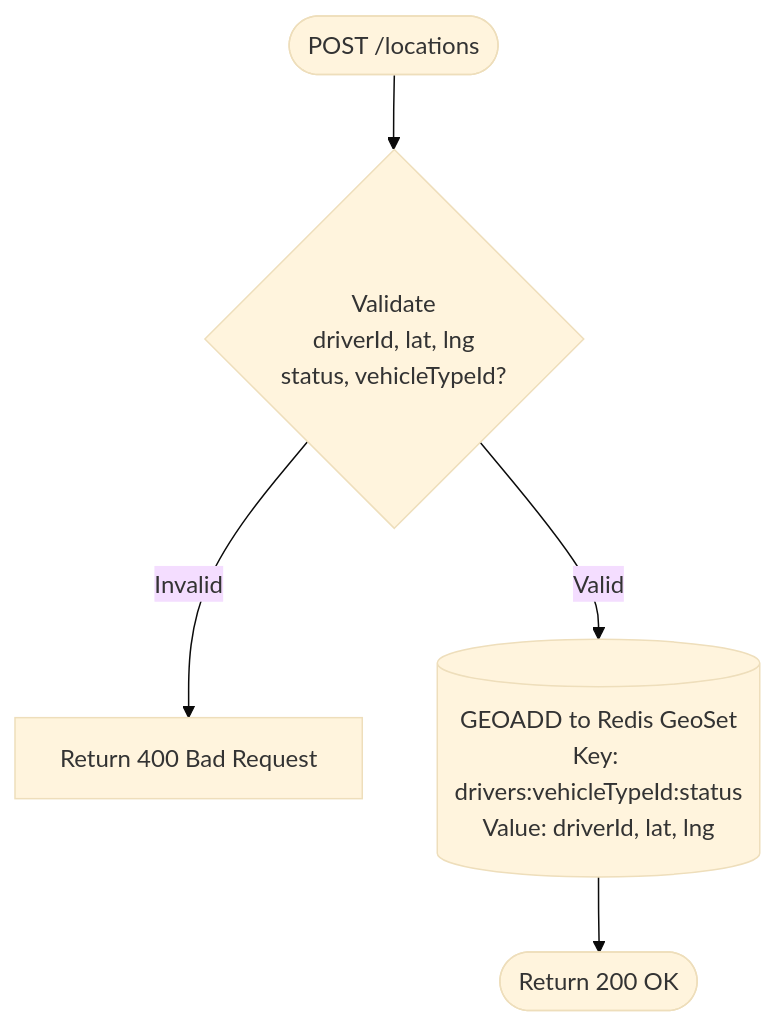
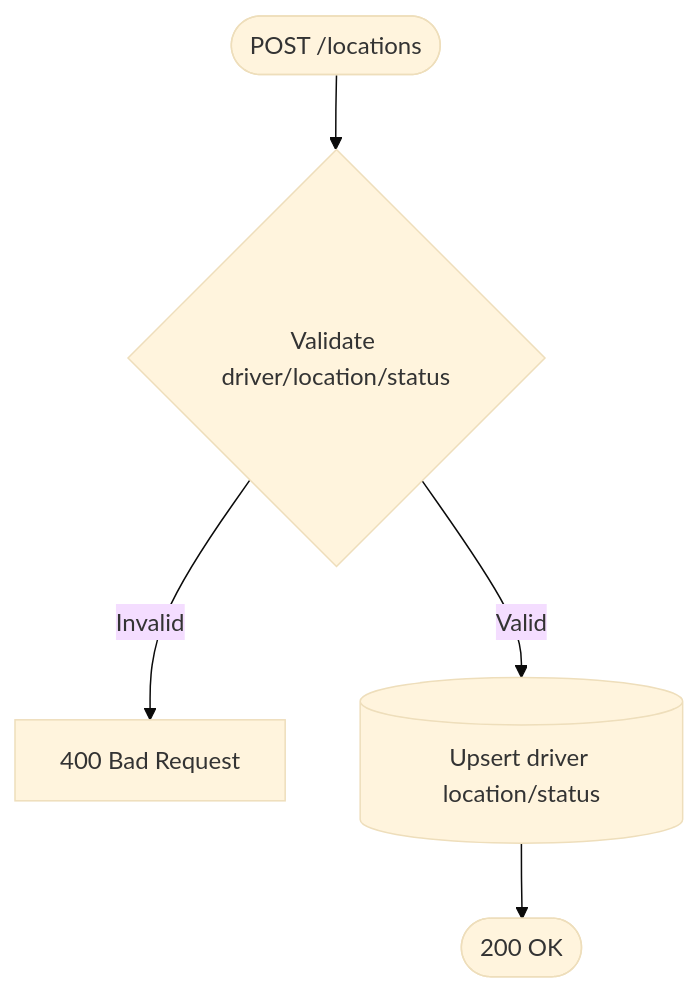
Before and after one commit to ImTruong/TrangSM: the eighth of 21 diagrams in docs/analysis-and-design.md, drawn with Mermaid (base theme). The commit also changed other lines of this file and 32 other files, not shown here.

Commit message:
feat: trigger driver search immediately for cash payments and sync acceptBooking with location-service

````diff
--- a/docs/analysis-and-design.md
+++ b/docs/analysis-and-design.md
@@ -430,7 +464,7 @@
 ```mermaid
 flowchart TD
-    A([POST /locations]) --> B{Validate\ndriverId, lat, lng\nstatus, vehicleTypeId?}
-    B -->|Invalid| ERR1[Return 400 Bad Request]
-    B -->|Valid| C[(GEOADD to Redis GeoSet\nKey: drivers:vehicleTypeId:status\nValue: driverId, lat, lng)]
-    C --> D([Return 200 OK])
+    A([POST /locations]) --> B{Validate driver/location/status}
+    B -->|Invalid| E1[400 Bad Request]
+    B -->|Valid| C[(Upsert driver location/status)]
+    C --> D([200 OK])
 ```
````
